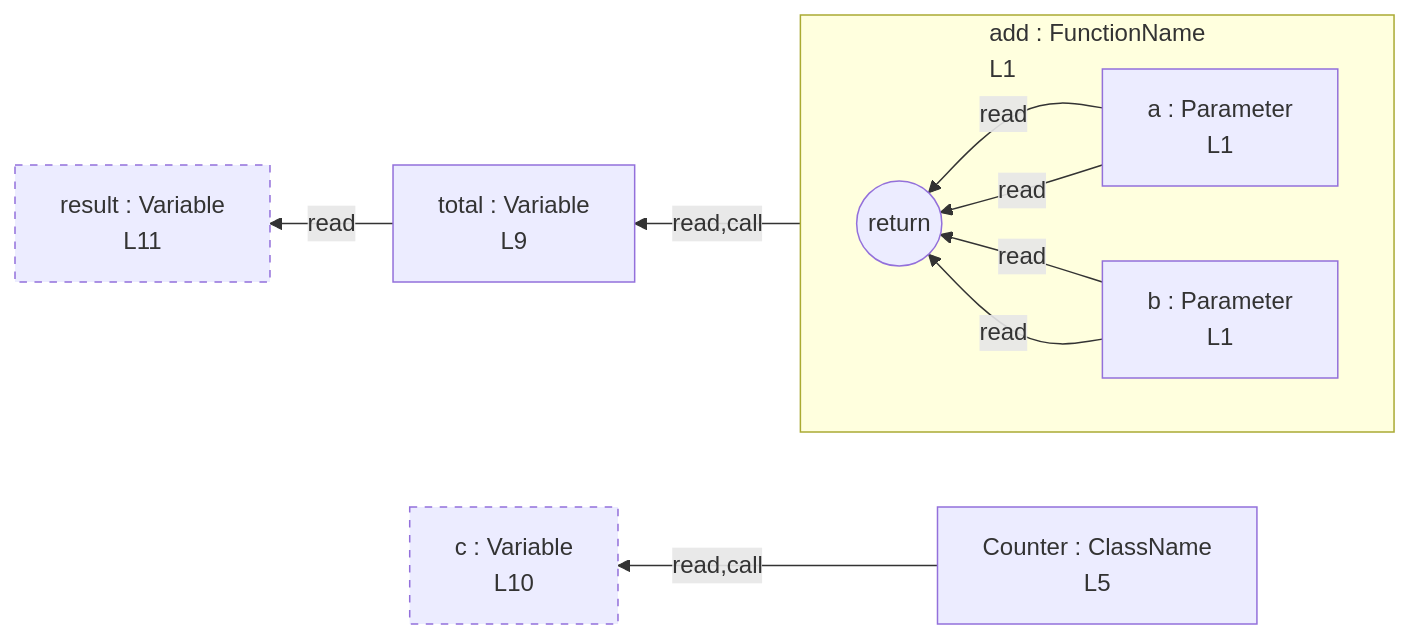
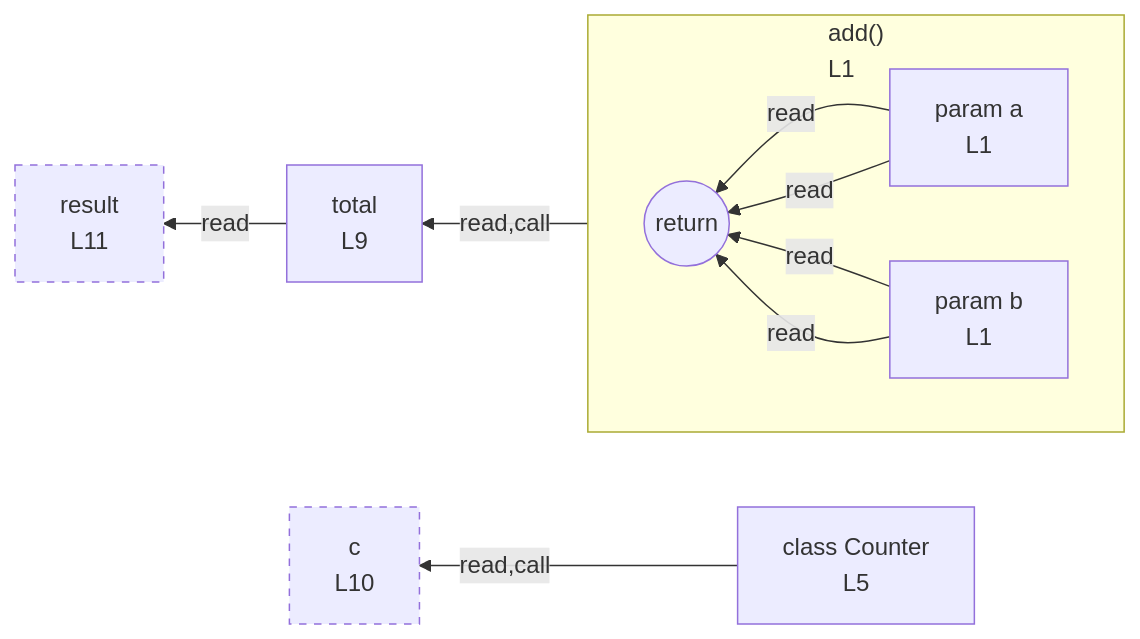
The diagram in integration/fixtures/function-and-class/preview.md (crescware/unsnarl), drawn with Mermaid before and after one commit. The commit also changed 27 other files, not shown here.

First line of the commit message:
refactor(mermaid): drop ": Variable" noise, decorate kinds inline

````diff
--- a/integration/fixtures/function-and-class/preview.md
+++ b/integration/fixtures/function-and-class/preview.md
@@ -21,23 +21,23 @@
 ```mermaid
 flowchart RL
-  subgraph n_scope_0_add_9["add : FunctionName<br/>L1"]
+  subgraph n_scope_0_add_9["add()<br/>L1"]
     direction RL
     return_scope_0_add_9((return))
-    n_scope_1_a_13["a : Parameter<br/>L1"]
-    n_scope_1_b_24["b : Parameter<br/>L1"]
+    n_scope_1_a_13["param a<br/>L1"]
+    n_scope_1_b_24["param b<br/>L1"]
   end
-  n_scope_0_Counter_62["Counter : ClassName<br/>L5"]
-  n_scope_0_total_94["total : Variable<br/>L9"]
-  n_scope_0_c_119["c : Variable<br/>L10"]
-  n_scope_0_result_144["result : Variable<br/>L11"]
+  n_scope_0_Counter_62["class Counter<br/>L5"]
+  n_scope_0_total_94["total<br/>L9"]
+  n_scope_0_c_119["c<br/>L10"]
+  n_scope_0_result_144["result<br/>L11"]
   n_scope_1_a_13 -->|read| return_scope_0_add_9
   n_scope_1_b_24 -->|read| return_scope_0_add_9
   n_scope_1_a_13 -->|read| return_scope_0_add_9
   n_scope_1_b_24 -->|read| return_scope_0_add_9
   n_scope_0_add_9 -->|read,call| n_scope_0_total_94
   n_scope_0_Counter_62 -->|read,call| n_scope_0_c_119
   n_scope_0_total_94 -->|read| n_scope_0_result_144
   classDef unused stroke-dasharray: 5 5;
   class n_scope_0_c_119 unused;
   class n_scope_0_result_144 unused;
 ```
````
